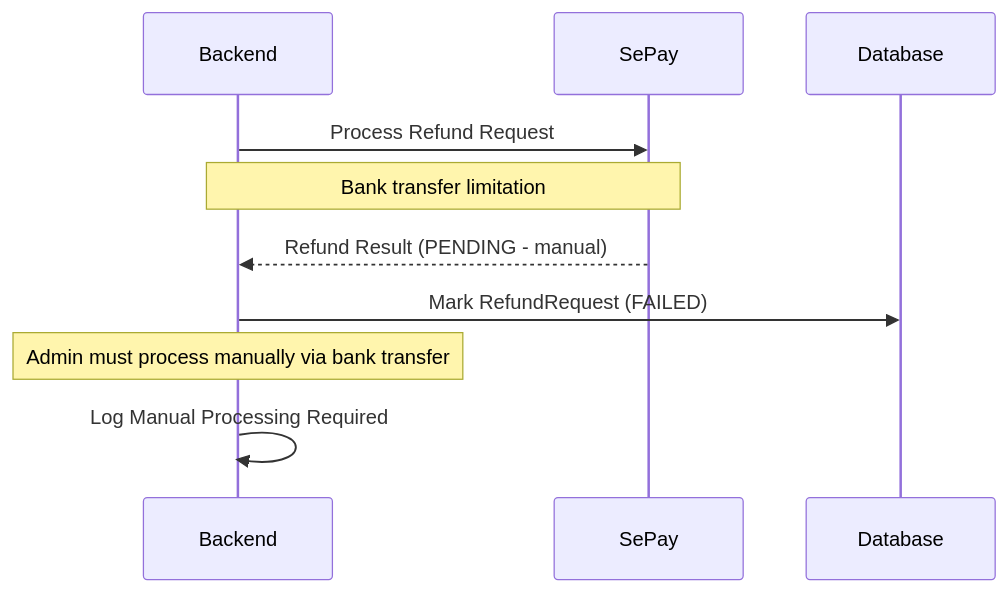
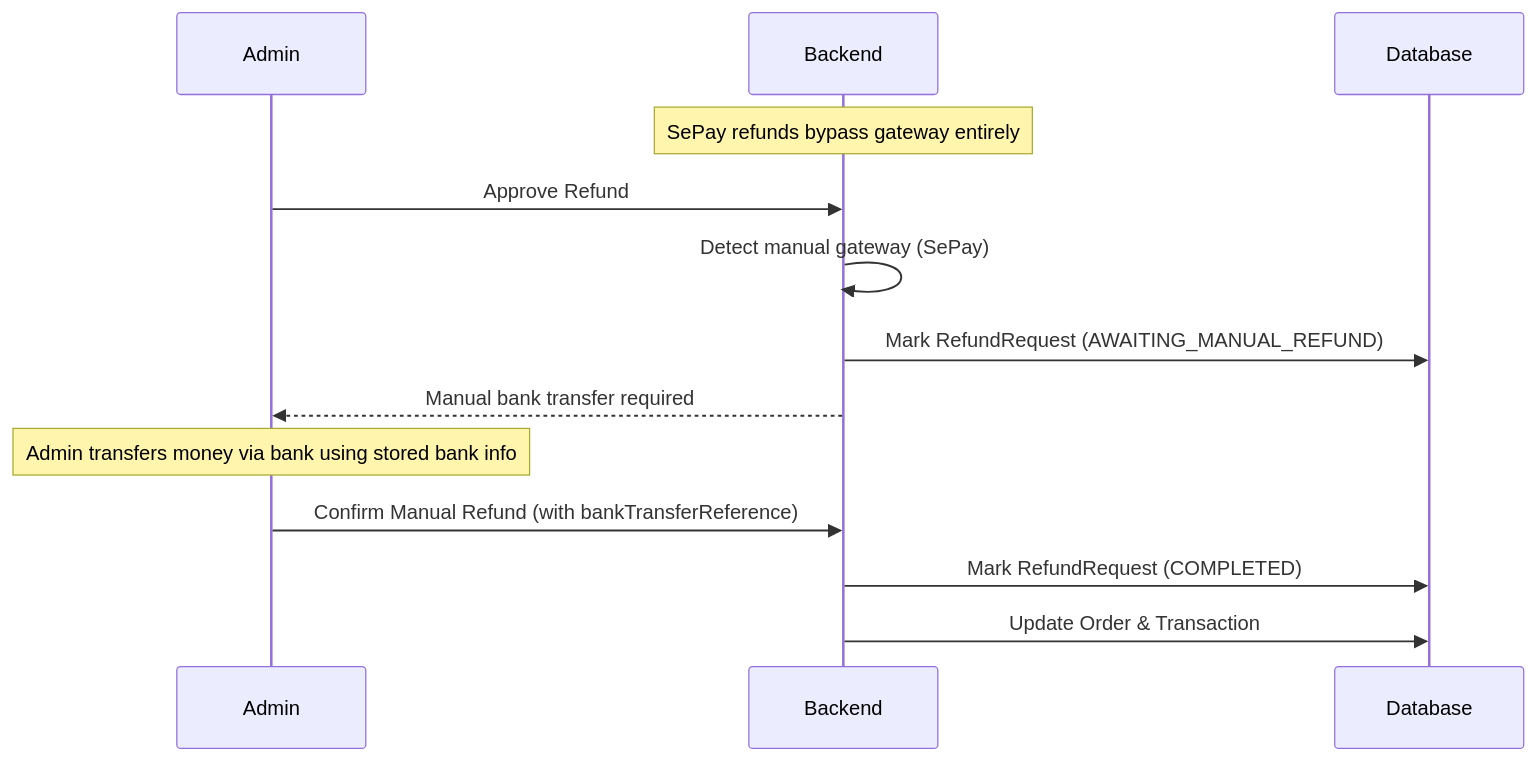
Before and after one commit to HuuLocFIT/EduMind: the seventh of 11 diagrams in docs/workflows/refund_workflows.md, drawn with Mermaid. The commit also changed other lines of this file and 1 other file, not shown here.

First line of the commit message:
feat: update payout and refund workflows documentation

````diff
--- a/docs/workflows/refund_workflows.md
+++ b/docs/workflows/refund_workflows.md
@@ -217,13 +272,16 @@
 ```mermaid
 sequenceDiagram
+    participant Admin
     participant Backend
-    participant SePay
     participant Database
 
-    Backend->>SePay: Process Refund Request
-    Note over Backend,SePay: Bank transfer limitation
-    SePay-->>Backend: Refund Result (PENDING - manual)
-    Backend->>Database: Mark RefundRequest (FAILED)
-    Note over Backend: Admin must process manually via bank transfer
-    Backend->>Backend: Log Manual Processing Required
+    Note over Backend: SePay refunds bypass gateway entirely
+    Admin->>Backend: Approve Refund
+    Backend->>Backend: Detect manual gateway (SePay)
+    Backend->>Database: Mark RefundRequest (AWAITING_MANUAL_REFUND)
+    Backend-->>Admin: Manual bank transfer required
+    Note over Admin: Admin transfers money via bank using stored bank info
+    Admin->>Backend: Confirm Manual Refund (with bankTransferReference)
+    Backend->>Database: Mark RefundRequest (COMPLETED)
+    Backend->>Database: Update Order & Transaction
 ```
````
